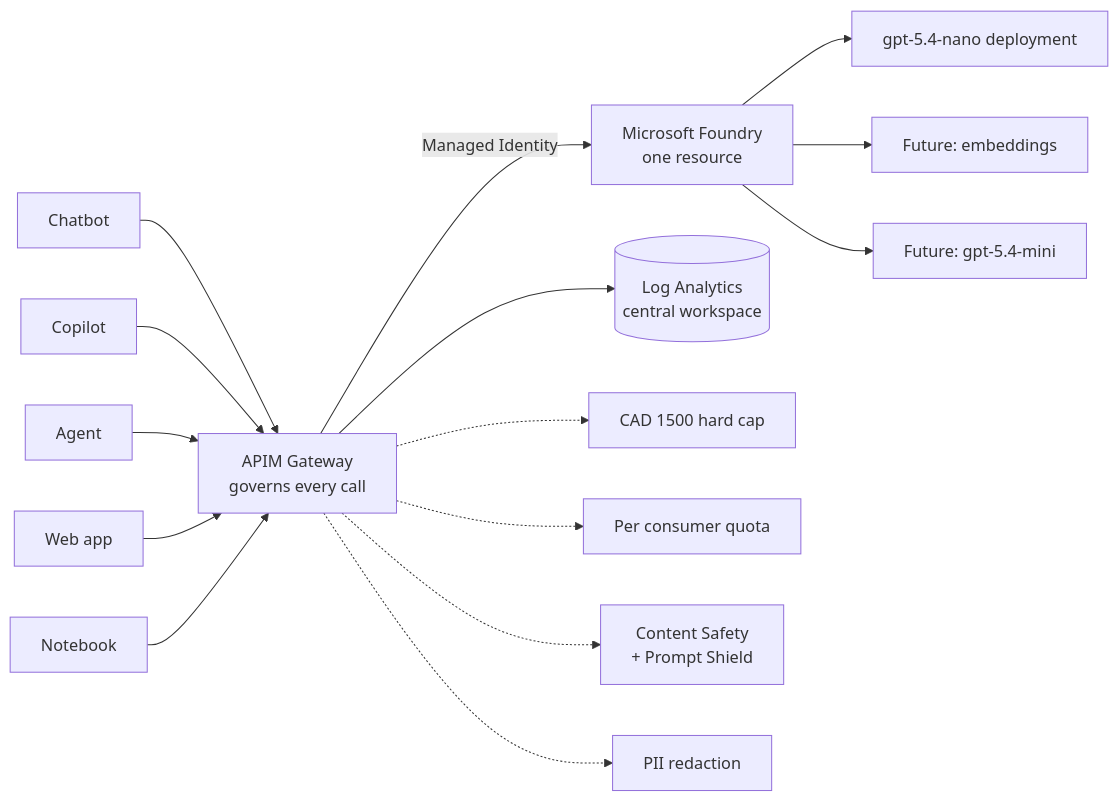
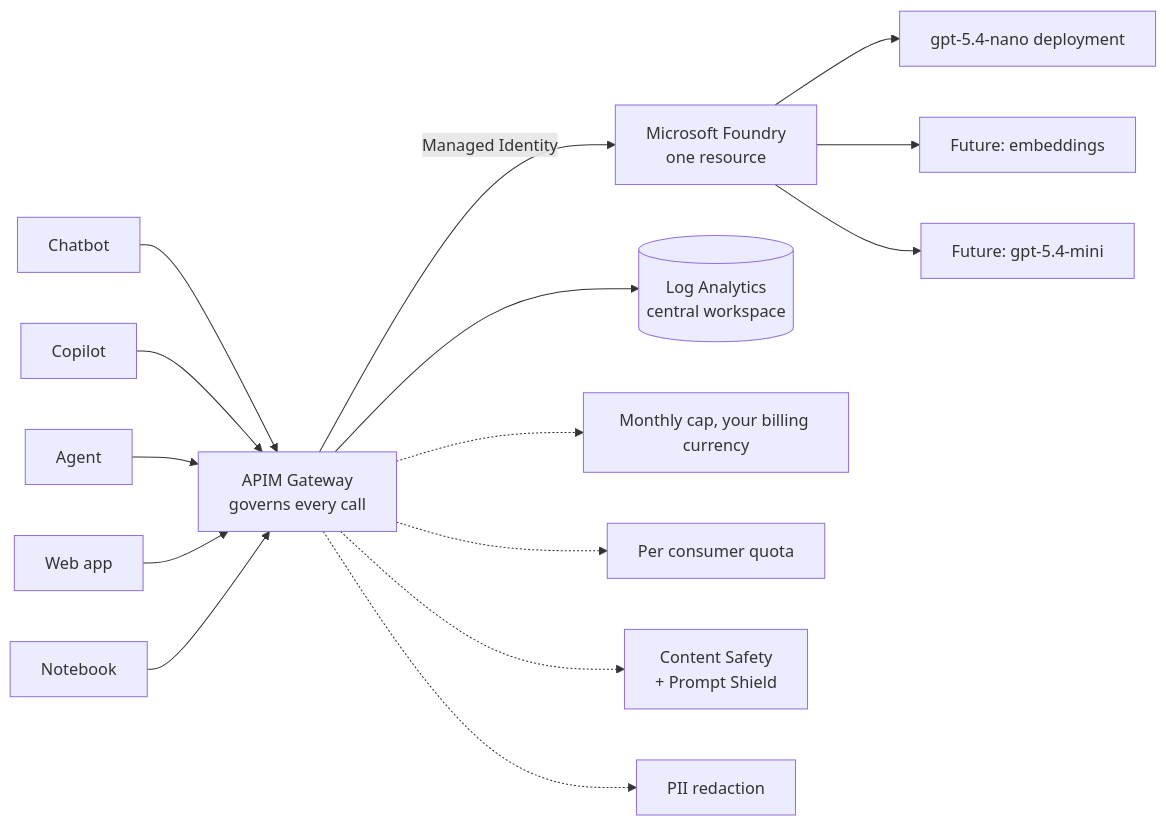
Before and after one commit to pxbtech/azure-ai-hub-lz: the second of 5 diagrams in docs/KT-AI-Hub-for-Developers.md, drawn with Mermaid. The commit also changed other lines of this file and 57 other files, not shown here.

````diff
--- a/docs/KT-AI-Hub-for-Developers.md
+++ b/docs/KT-AI-Hub-for-Developers.md
@@ -75,17 +75,17 @@
 ```mermaid
 flowchart LR
     A[Chatbot] --> APIM
     B[Copilot] --> APIM
     C[Agent] --> APIM
     D[Web app] --> APIM
     E[Notebook] --> APIM
     APIM[APIM Gateway<br/>governs every call] -->|Managed Identity| Foundry
     APIM --> LA[(Log Analytics<br/>central workspace)]
     Foundry[Microsoft Foundry<br/>one resource] --> M1[gpt-5.4-nano deployment]
     Foundry --> M2[Future: embeddings]
     Foundry --> M3[Future: gpt-5.4-mini]
-    APIM -.-> Budget[CAD 1500 hard cap]
+    APIM -.-> Budget[Monthly cap, your billing currency]
     APIM -.-> RateLimit[Per consumer quota]
     APIM -.-> ContentSafety[Content Safety<br/>+ Prompt Shield]
     APIM -.-> PII[PII redaction]
 ```
````
